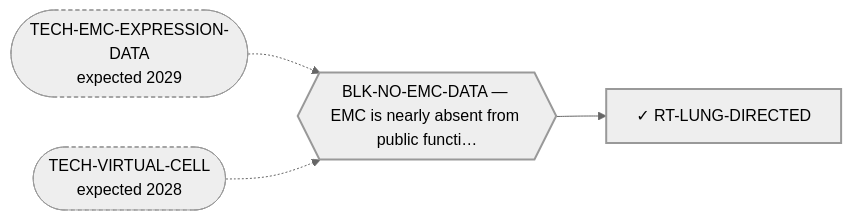
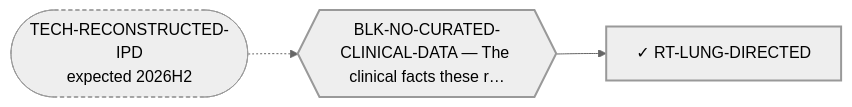
One commit to trimcrae/Rare-cancers changed the diagram in systems/views/L2-rt-lung-directed.md. Above: the diagram before and after it, drawn with Mermaid (neutral theme). The commit also changed other lines of this file and 41 other files, not shown here.

````diff
--- a/systems/views/L2-rt-lung-directed.md
+++ b/systems/views/L2-rt-lung-directed.md
@@ -27,14 +27,12 @@
 ```mermaid
 flowchart LR
   RT_LUNG_DIRECTED["✓ RT-LUNG-DIRECTED"]:::fam
-  BLK_NO_EMC_DATA{{"BLK-NO-EMC-DATA — EMC is nearly absent from public functi…"}}:::blk
-  BLK_NO_EMC_DATA --> RT_LUNG_DIRECTED
-  TECH_EMC_EXPRESSION_DATA(["TECH-EMC-EXPRESSION-DATA<br/>expected 2029"]):::tech
-  TECH_EMC_EXPRESSION_DATA -.-> BLK_NO_EMC_DATA
-  TECH_VIRTUAL_CELL(["TECH-VIRTUAL-CELL<br/>expected 2028"]):::tech
-  TECH_VIRTUAL_CELL -.-> BLK_NO_EMC_DATA
+  BLK_NO_CURATED_CLINICAL_DATA{{"BLK-NO-CURATED-CLINICAL-DATA — The clinical facts these r…"}}:::blk
+  BLK_NO_CURATED_CLINICAL_DATA --> RT_LUNG_DIRECTED
+  TECH_RECONSTRUCTED_IPD(["TECH-RECONSTRUCTED-IPD<br/>expected 2026H2"]):::tech
+  TECH_RECONSTRUCTED_IPD -.-> BLK_NO_CURATED_CLINICAL_DATA
   classDef fam stroke-width:2px;
   classDef blk stroke-width:2px;
   classDef perm stroke-width:4px;
   classDef tech stroke-width:1px,stroke-dasharray:4 3;
 ```
````
